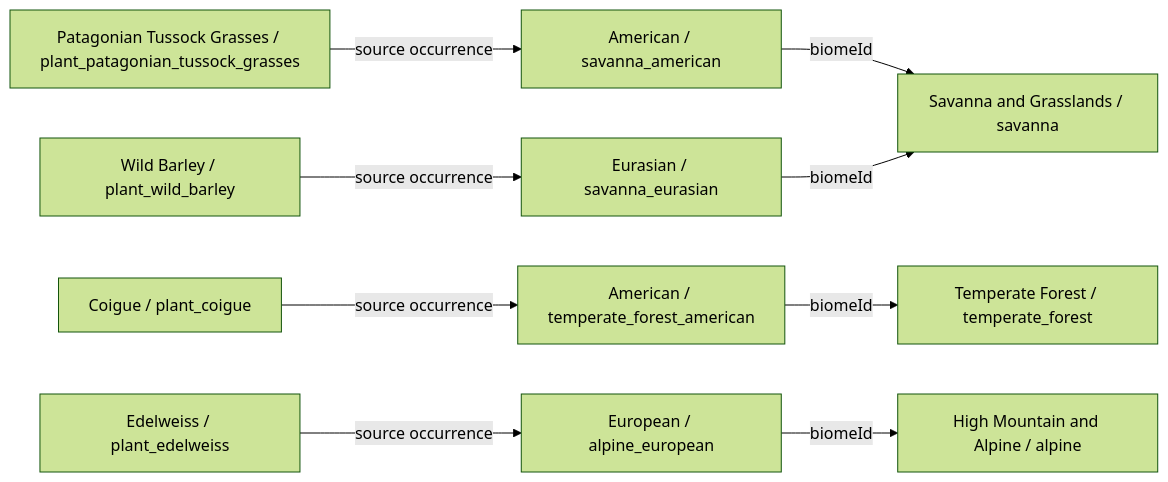
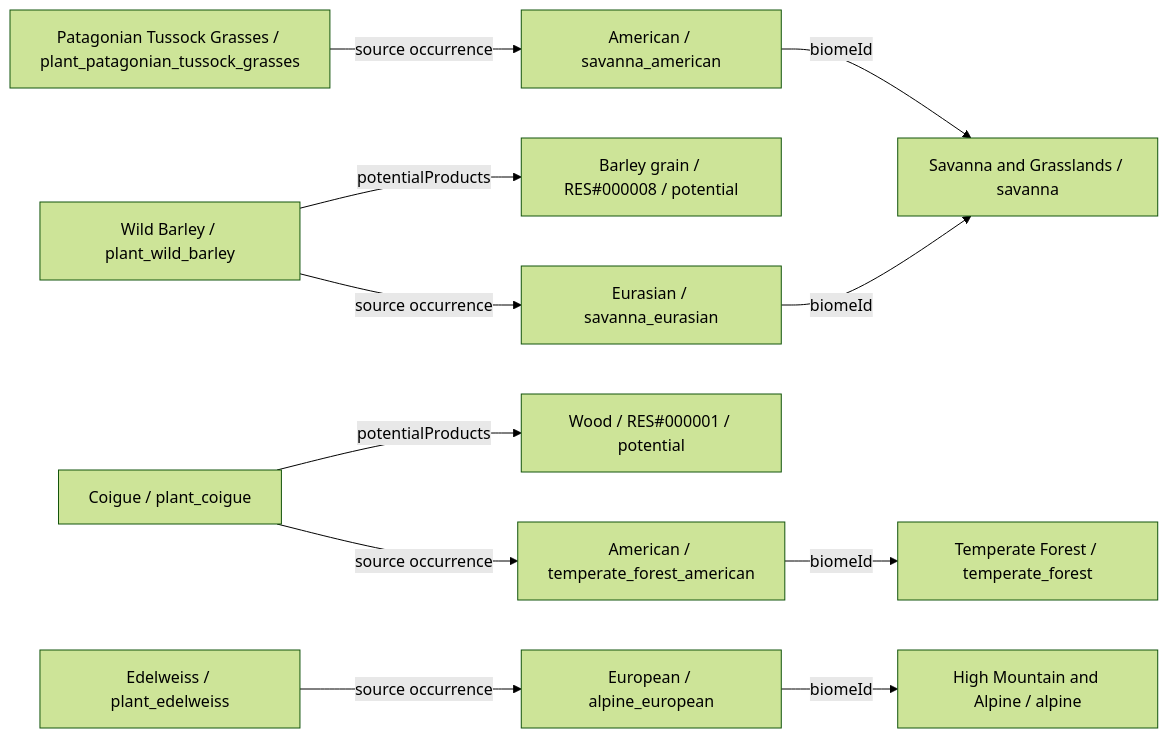
The tenth of 39 diagrams in data/plants/DIAGRAMS.md (fgabo404/EvolveDoc), drawn with Mermaid (forest theme) before and after one commit. The commit also changed other lines of this file and 50 other files, not shown here.

````diff
--- a/data/plants/DIAGRAMS.md
+++ b/data/plants/DIAGRAMS.md
@@ -377,22 +383,26 @@
 ```mermaid
 flowchart LR
     c0["Wild Barley / plant_wild_barley"]
     v13["Eurasian / savanna_eurasian"]
     b3["Savanna and Grasslands / savanna"]
+    o0_0["Barley grain / RES#000008 / potential"]
     c1["Coigue / plant_coigue"]
     v5["American / temperate_forest_american"]
     b1["Temperate Forest / temperate_forest"]
+    o1_0["Wood / RES#000001 / potential"]
     c2["Patagonian Tussock Grasses / plant_patagonian_tussock_grasses"]
     v12["American / savanna_american"]
     c3["Edelweiss / plant_edelweiss"]
     v25["European / alpine_european"]
     b6["High Mountain and Alpine / alpine"]
+    c0 -->|potentialProducts| o0_0
     c0 -->|source occurrence| v13
+    c1 -->|potentialProducts| o1_0
     c1 -->|source occurrence| v5
     c2 -->|source occurrence| v12
     c3 -->|source occurrence| v25
     v12 -->|biomeId| b3
     v13 -->|biomeId| b3
     v25 -->|biomeId| b6
     v5 -->|biomeId| b1
 ```
````
